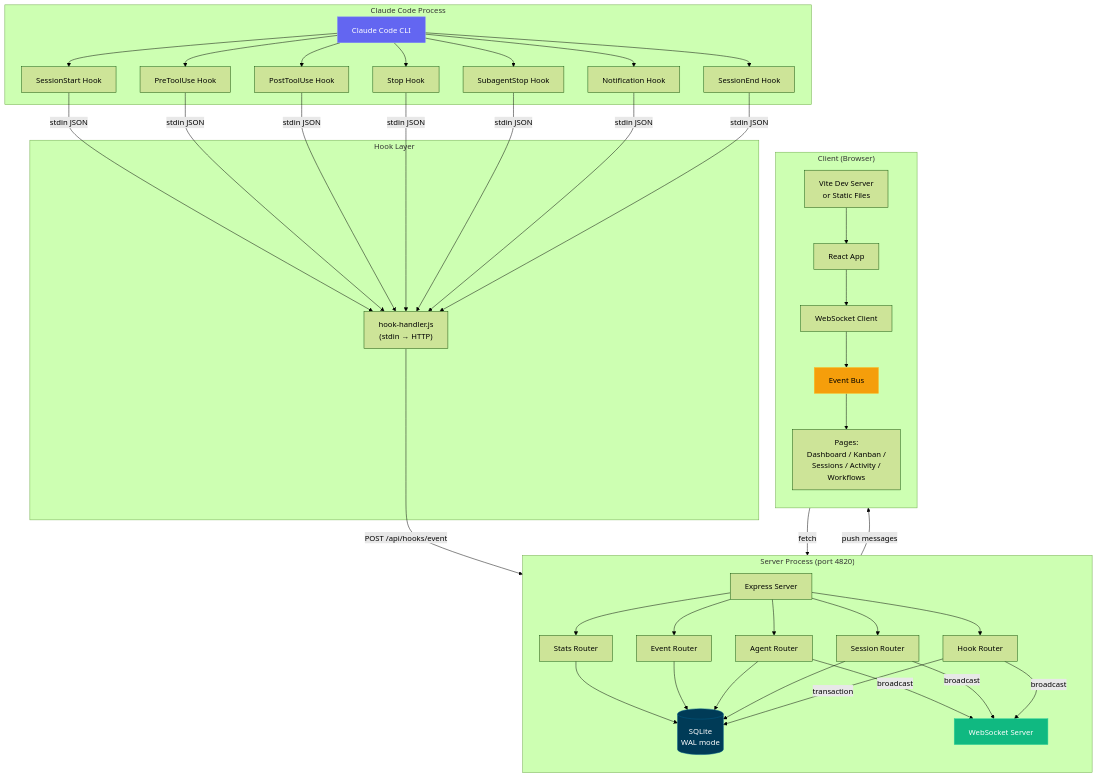
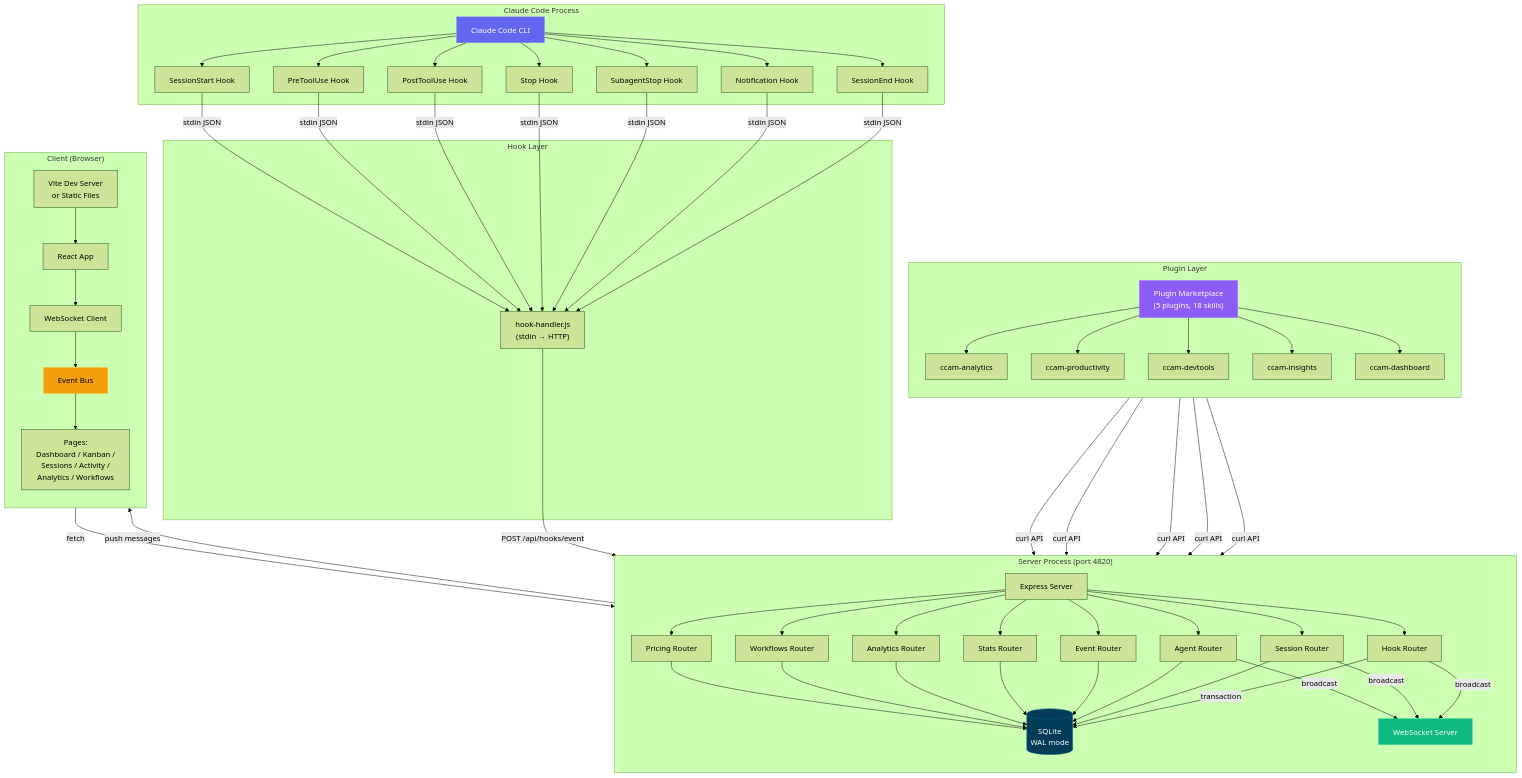
One commit to txj36/Claude-Code-Agent-Monitor changed the second of 30 diagrams in ARCHITECTURE.md. Above: the diagram before and after it, drawn with Mermaid (forest theme). The commit also changed other lines of this file and 38 other files, not shown here.

````diff
--- a/ARCHITECTURE.md
+++ b/ARCHITECTURE.md
@@ -101,60 +103,76 @@
 ```mermaid
 graph TB
     subgraph "Claude Code Process"
         CC[Claude Code CLI]
         H0[SessionStart Hook]
         H1[PreToolUse Hook]
         H2[PostToolUse Hook]
         H3[Stop Hook]
         H4[SubagentStop Hook]
         H5[Notification Hook]
         H6[SessionEnd Hook]
         CC --> H0 & H1 & H2 & H3 & H4 & H5 & H6
+    end
+
+    subgraph "Plugin Layer"
+        direction TB
+        PM["Plugin Marketplace<br/>(5 plugins, 18 skills)"]
+        PA["ccam-analytics"]
+        PP["ccam-productivity"]
+        PD["ccam-devtools"]
+        PI["ccam-insights"]
+        PC["ccam-dashboard"]
+        PM --> PA & PP & PD & PI & PC
     end
 
     subgraph "Hook Layer"
         HH["hook-handler.js<br/>(stdin → HTTP)"]
         H0 & H1 & H2 & H3 & H4 & H5 & H6 -->|stdin JSON| HH
     end
 
     subgraph "Server Process (port 4820)"
         direction TB
         EX[Express Server]
         HR[Hook Router]
         SR[Session Router]
         AR[Agent Router]
         ER[Event Router]
         STR[Stats Router]
+        ANR[Analytics Router]
+        WFR[Workflows Router]
+        PR[Pricing Router]
         DB[(SQLite<br/>WAL mode)]
         WSS[WebSocket Server]
 
-        EX --> HR & SR & AR & ER & STR
+        EX --> HR & SR & AR & ER & STR & ANR & WFR & PR
         HR -->|transaction| DB
-        SR & AR & ER & STR --> DB
+        SR & AR & ER & STR & ANR & WFR & PR --> DB
         HR -->|broadcast| WSS
         SR & AR -->|broadcast| WSS
     end
 
     subgraph "Client (Browser)"
         direction TB
         VITE[Vite Dev Server<br/>or Static Files]
         APP[React App]
         WS_CLIENT[WebSocket Client]
         EB[Event Bus]
-        PAGES[Pages:<br/>Dashboard / Kanban /<br/>Sessions / Activity /<br/>Workflows]
+        PAGES[Pages:<br/>Dashboard / Kanban /<br/>Sessions / Activity /<br/>Analytics / Workflows]
 
         VITE --> APP
         APP --> WS_CLIENT
         WS_CLIENT --> EB
         EB --> PAGES
         PAGES -->|fetch| EX
     end
 
     HH -->|"POST /api/hooks/event"| HR
     WSS -->|push messages| WS_CLIENT
+    PA & PP & PD & PI & PC -->|"curl API"| EX
 
     style CC fill:#6366f1,stroke:#818cf8,color:#fff
     style DB fill:#003B57,stroke:#005f8a,color:#fff
     style WSS fill:#10b981,stroke:#34d399,color:#fff
     style EB fill:#f59e0b,stroke:#fbbf24,color:#000
+    style PM fill:#8b5cf6,stroke:#a78bfa,color:#fff
 ```
````
